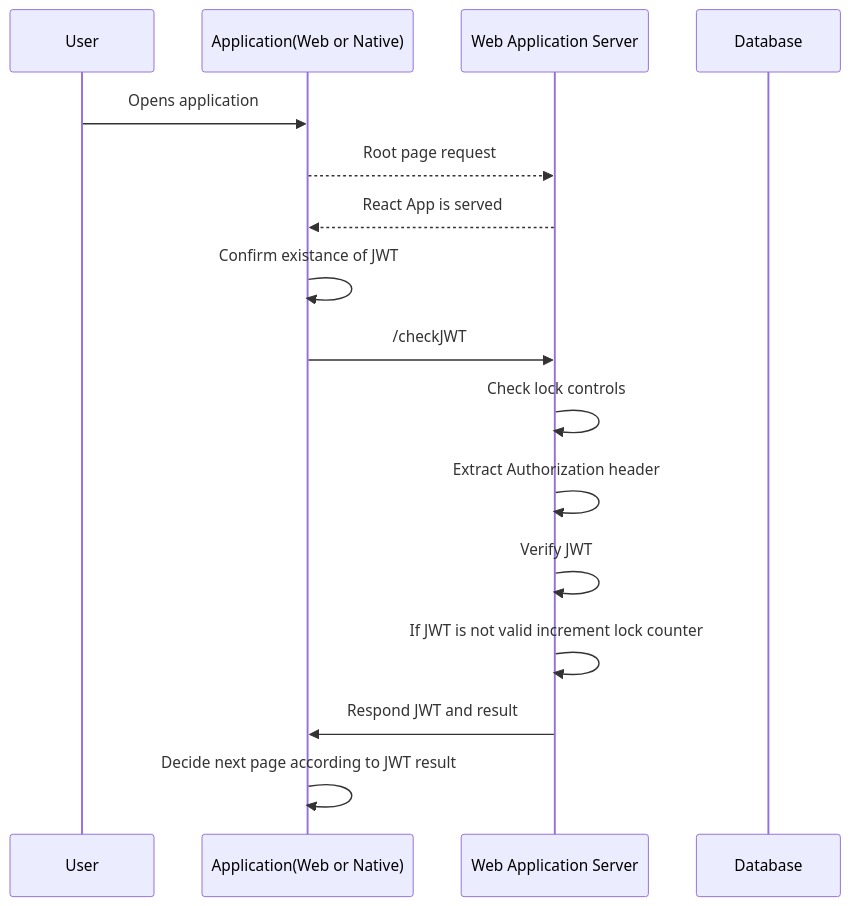
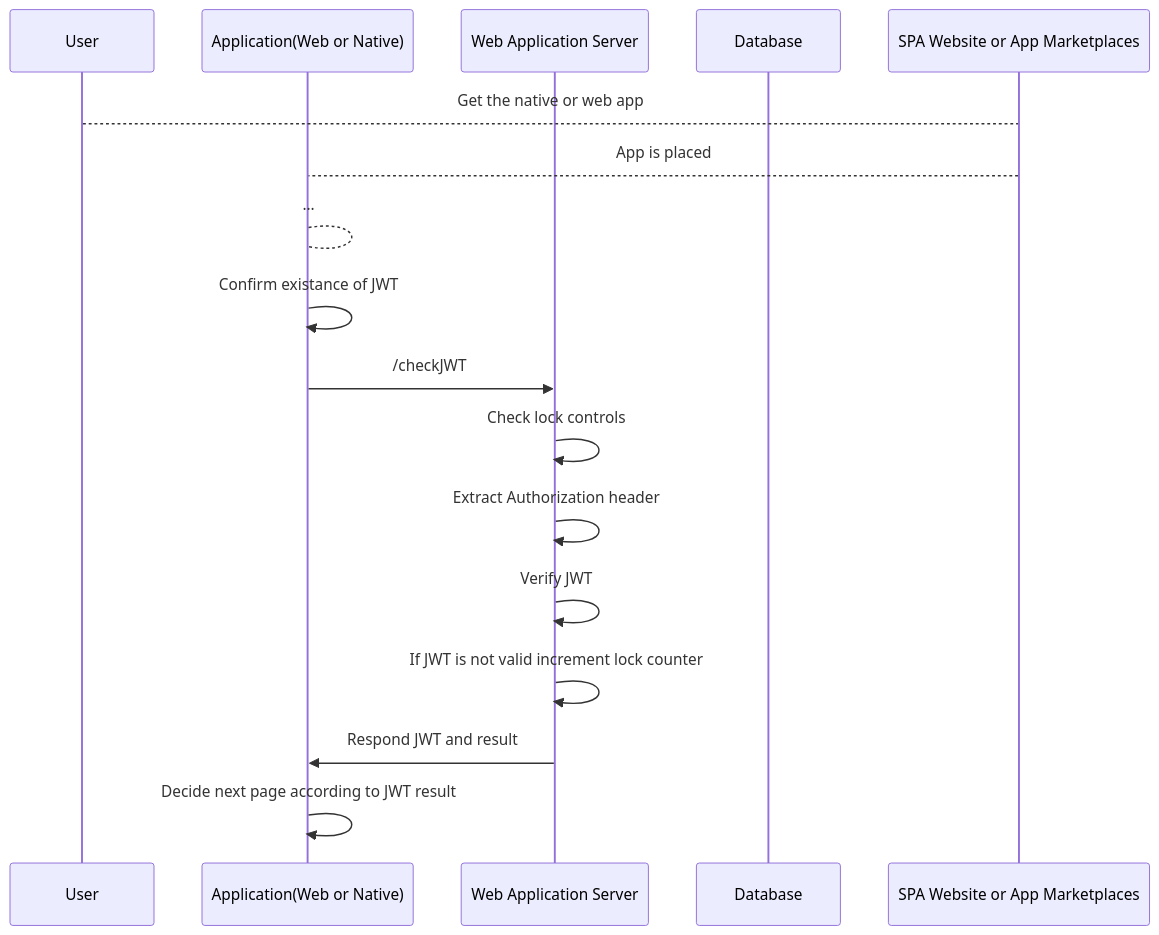
One commit to MehmetKaplan/react-spa-jwt-authentication-boilerplate changed the diagram in Sequence_Diagrams/RememberMe.mmd. Above: the diagram before and after it, drawn with Mermaid. The commit also changed 14 other files, not shown here.

Commit message:
Appstore and SPA are shown more properly in sequence diagrams.

```diff
--- a/Sequence_Diagrams/RememberMe.mmd
+++ b/Sequence_Diagrams/RememberMe.mmd
@@ -1,16 +1,17 @@
 sequenceDiagram
 	Participant User
 	Participant Application(Web or Native)
 	Participant Web Application Server
 	Participant Database
-	User ->> Application(Web or Native): Opens application
-	Application(Web or Native) -->> Web Application Server: Root page request
-	Web Application Server  -->> Application(Web or Native): React App is served
+	Participant SPA Website or App Marketplaces
+	User --> SPA Website or App Marketplaces: Get the native or web app
+	SPA Website or App Marketplaces --> Application(Web or Native): App is placed
+	Application(Web or Native) --> Application(Web or Native): ...
 	Application(Web or Native) ->> Application(Web or Native): Confirm existance of JWT
 	Application(Web or Native) ->> Web Application Server: /checkJWT
 	Web Application Server ->> Web Application Server: Check lock controls
 	Web Application Server ->> Web Application Server: Extract Authorization header
 	Web Application Server ->> Web Application Server: Verify JWT
 	Web Application Server ->> Web Application Server: If JWT is not valid increment lock counter
 	Web Application Server ->> Application(Web or Native): Respond JWT and result
 	Application(Web or Native) ->> Application(Web or Native): Decide next page according to JWT result
```
